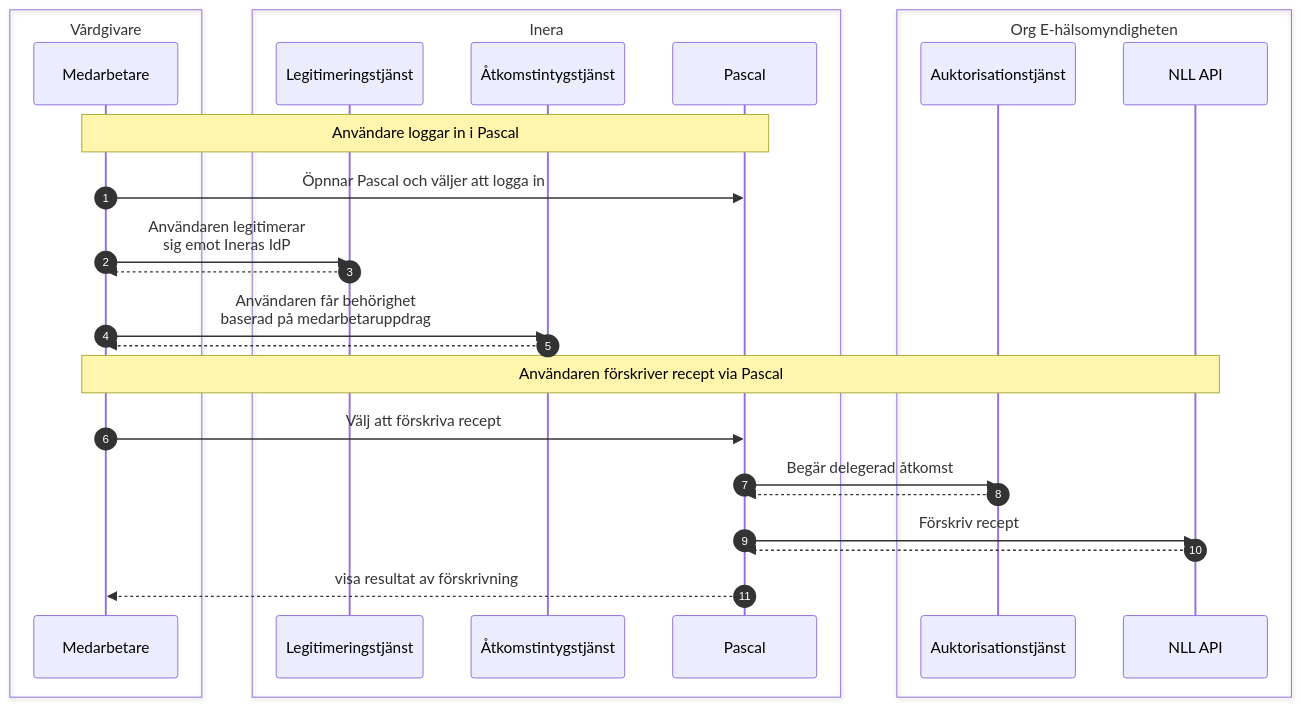
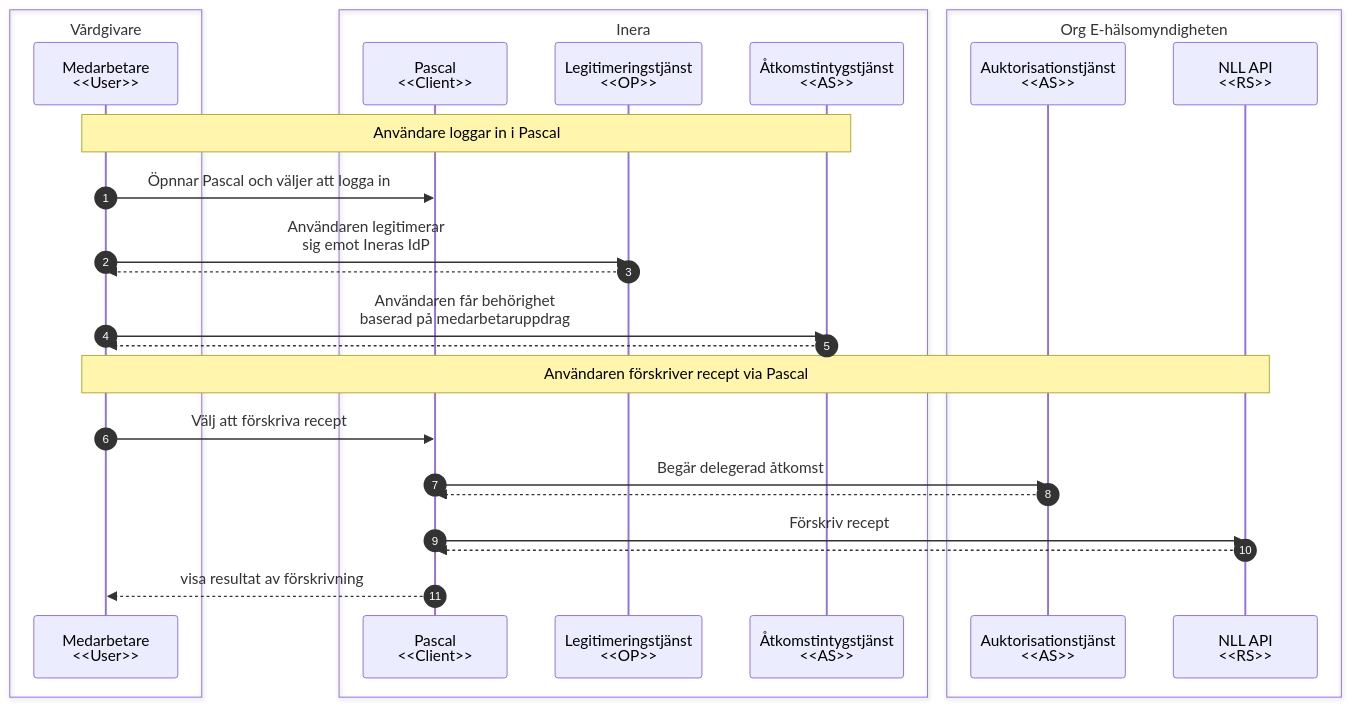
Before and after one commit to diggsweden/ena-authorization: the ninth of 12 diagrams in architecture/drafts/IAM_TargetArchitecture_Sweden.md, drawn with Mermaid. The commit also changed other lines of this file, not shown here.

````diff
--- a/architecture/drafts/IAM_TargetArchitecture_Sweden.md
+++ b/architecture/drafts/IAM_TargetArchitecture_Sweden.md
@@ -401,34 +414,34 @@
 ```mermaid
 %%{init: {"flowchart": {"defaultRenderer": "elk"}} }%%
 sequenceDiagram 
     autonumber
     box Vårdgivare
-        participant u as Medarbetare
+        participant u as Medarbetare<br><<User>>
     end
 
     box Inera
-        participant aidp as Legitimeringstjänst
-        participant aas as Åtkomstintygstjänst
-        participant c as Pascal
+        participant c as Pascal<br><<Client>>
+        participant aidp as Legitimeringstjänst<br><<OP>>
+        participant aas as Åtkomstintygstjänst<br><<AS>>
     end
 
     box Org E-hälsomyndigheten 
-        participant bas as Auktorisationstjänst
-        participant api as NLL API
+        participant bas as Auktorisationstjänst<br><<AS>>
+        participant api as NLL API<br><<RS>>
     end
 
-    note over u,c: Användare loggar in i Pascal
+    note over u,aas: Användare loggar in i Pascal
     u->>c: Öpnnar Pascal och väljer att logga in
     u->>aidp: Användaren legitimerar <br>sig emot Ineras IdP
     aidp-->>u: 
     u->>aas: Användaren får behörighet<br> baserad på medarbetaruppdrag
     aas-->>u: 
 
     note over u,api: Användaren förskriver recept via Pascal
     u->>c: Välj att förskriva recept
     c->>bas: Begär delegerad åtkomst
     bas-->>c: 
     c->>api: Förskriv recept
     api-->>c: 
     c-->>u: visa resultat av förskrivning
 ```
````
